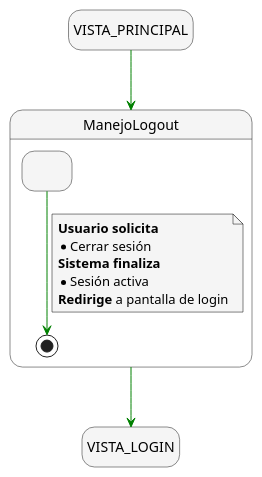
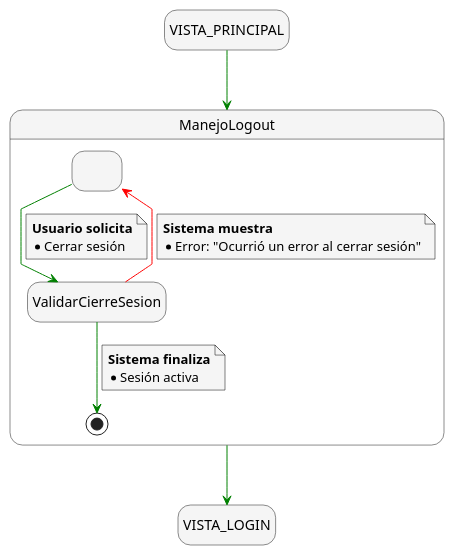
The diagram in docs/casosDeUso/detalladoCasosDeUso/detalladoManejoSesion/detalladoLogout.puml (mmasias/24-25-IdSw1-SDR), drawn with PlantUML before and after one commit. The commit also changed 17 other files, not shown here.

Commit message:
Actualizar diagramas de casos de uso para redirigir a abrirDashboard y corregir transiciones de estado

```diff
--- a/docs/casosDeUso/detalladoCasosDeUso/detalladoManejoSesion/detalladoLogout.puml
+++ b/docs/casosDeUso/detalladoCasosDeUso/detalladoManejoSesion/detalladoLogout.puml
@@ -1,35 +1,44 @@
 @startuml manejo_sesion_logout
 skinparam {
     NoteBackgroundColor #whiteSmoke
     ArrowColor #green
     NoteBorderColor #black
     linetype polyline
 }
 
 skinparam state {
     BackgroundColor #whiteSmoke
 }
 
 hide empty description
 
 state startState as "VISTA_PRINCIPAL"
 state endState as "VISTA_LOGIN"
 
 startState --> ManejoLogout
 
 state ManejoLogout {
     state Logout as " "
 
-    Logout --> [*]
+    Logout --> ValidarCierreSesion
     note on link
         <b>Usuario solicita</b>
         * Cerrar sesión
+    end note
+
+    ValidarCierreSesion --> [*]
+    note on link
         <b>Sistema finaliza</b>
         * Sesión activa
-        <b>Redirige</b> a pantalla de login
     end note
 }
+
+    ValidarCierreSesion -[#red]-> Logout
+    note on link
+        <b>Sistema muestra</b>
+        * Error: "Ocurrió un error al cerrar sesión"
+    end note
 
 ManejoLogout --> endState
 
 @enduml
```
